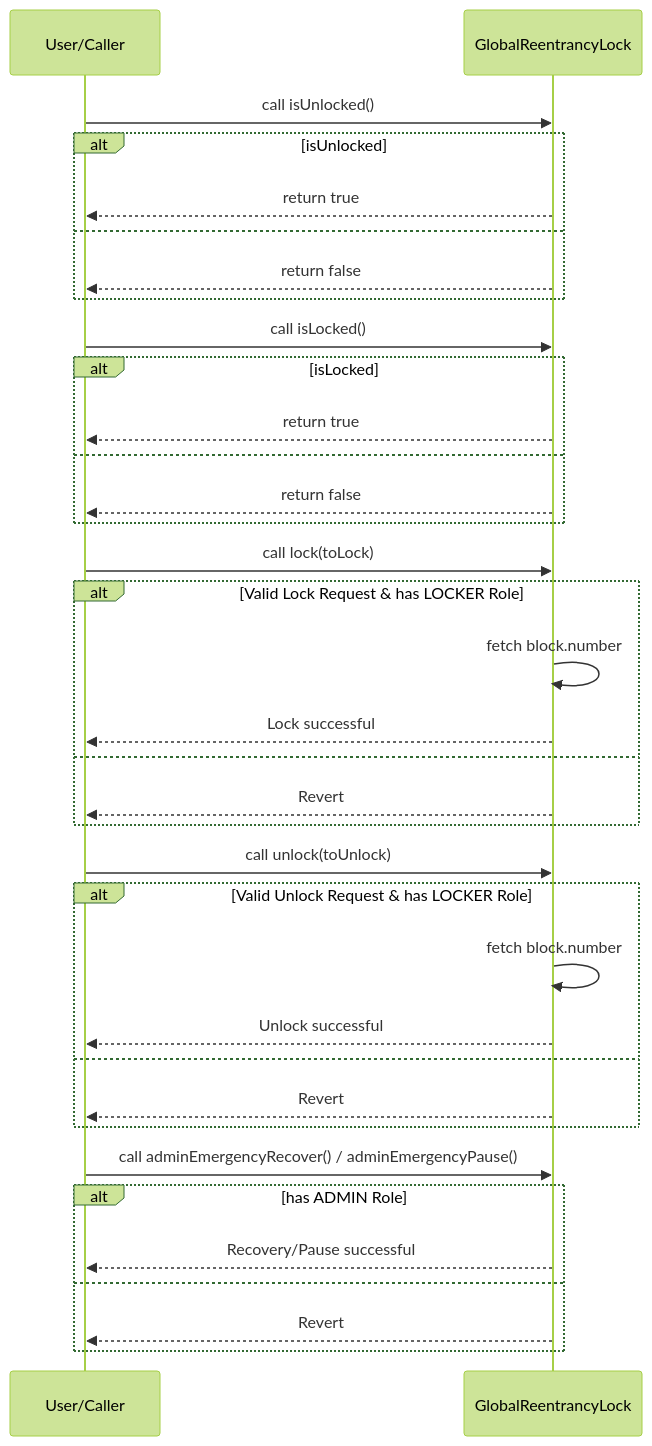
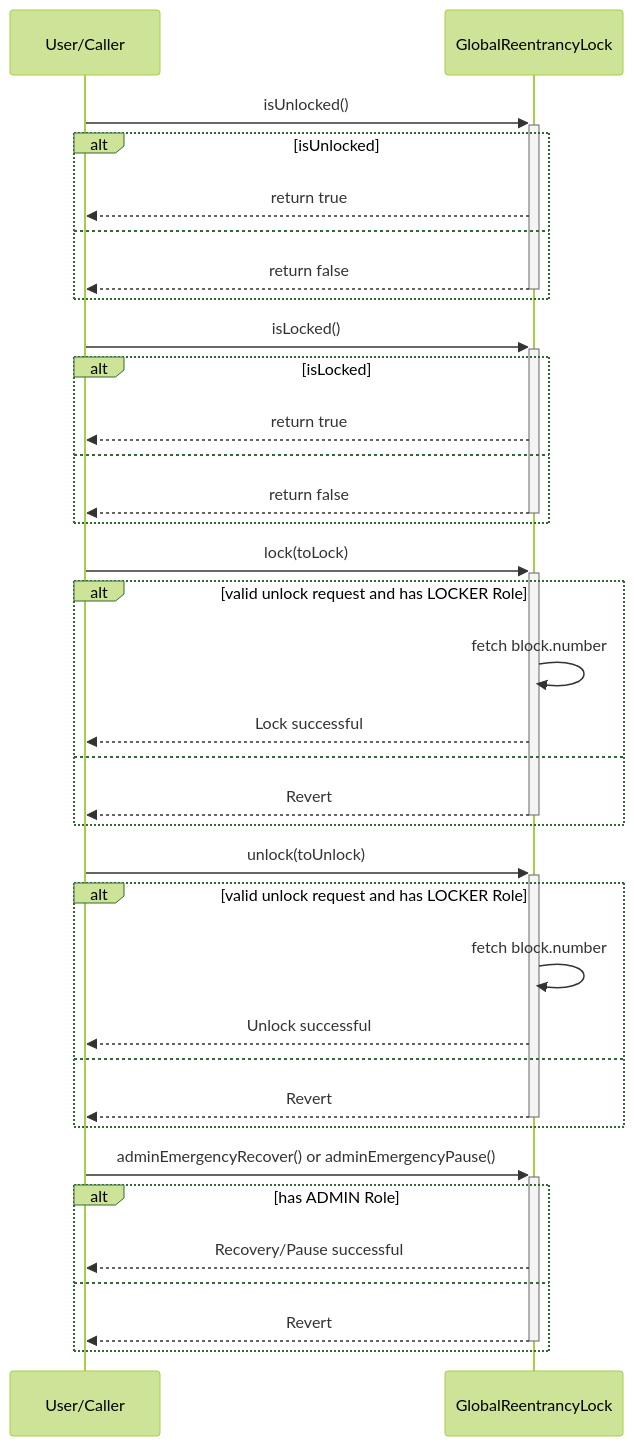
Before and after one commit to ZTX-Foundation/tuxedo: the second of 2 diagrams in doc/contracts/core/GlobalReentrancyLock.md, drawn with Mermaid (forest theme). The commit also changed 12 other files, not shown here.

Commit message:
feat: updated sequence diagrams

````diff
--- a/doc/contracts/core/GlobalReentrancyLock.md
+++ b/doc/contracts/core/GlobalReentrancyLock.md
@@ -18,42 +18,42 @@
 ```mermaid
 sequenceDiagram
     participant User as User/Caller
     participant GlobalReentrancyLock
-    
-    User->>GlobalReentrancyLock: call isUnlocked()
+
+    User->>+GlobalReentrancyLock: isUnlocked()
     alt isUnlocked
         GlobalReentrancyLock-->>User: return true
     else
-        GlobalReentrancyLock-->>User: return false
+        GlobalReentrancyLock-->>-User: return false
     end
     
-    User->>GlobalReentrancyLock: call isLocked()
+    User->>+GlobalReentrancyLock: isLocked()
     alt isLocked
         GlobalReentrancyLock-->>User: return true
     else
-        GlobalReentrancyLock-->>User: return false
+        GlobalReentrancyLock-->>-User: return false
     end
     
-    User->>GlobalReentrancyLock: call lock(toLock)
-    alt Valid Lock Request & has LOCKER Role
+    User->>+GlobalReentrancyLock: lock(toLock)
+    alt valid unlock request and has LOCKER Role
         GlobalReentrancyLock->>GlobalReentrancyLock: fetch block.number
         GlobalReentrancyLock-->>User: Lock successful
     else
-        GlobalReentrancyLock-->>User: Revert
+        GlobalReentrancyLock-->>-User: Revert
     end
     
-    User->>GlobalReentrancyLock: call unlock(toUnlock)
-    alt Valid Unlock Request & has LOCKER Role
+    User->>+GlobalReentrancyLock: unlock(toUnlock)
+    alt valid unlock request and has LOCKER Role
         GlobalReentrancyLock->>GlobalReentrancyLock: fetch block.number
         GlobalReentrancyLock-->>User: Unlock successful
     else
-        GlobalReentrancyLock-->>User: Revert
+        GlobalReentrancyLock-->>-User: Revert
     end
     
-    User->>GlobalReentrancyLock: call adminEmergencyRecover() / adminEmergencyPause()
+    User->>+GlobalReentrancyLock: adminEmergencyRecover() or adminEmergencyPause()
     alt has ADMIN Role
         GlobalReentrancyLock-->>User: Recovery/Pause successful
     else
-        GlobalReentrancyLock-->>User: Revert
+        GlobalReentrancyLock-->>-User: Revert
     end
 ```
````
